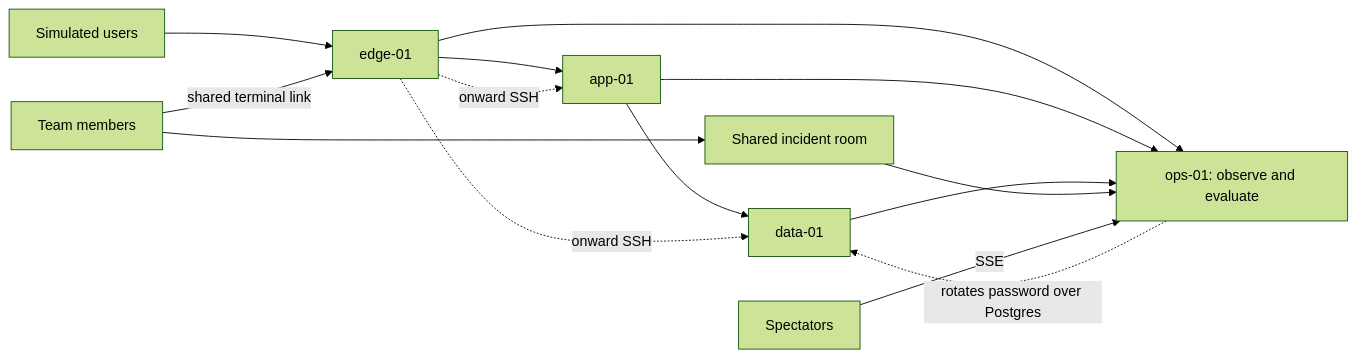
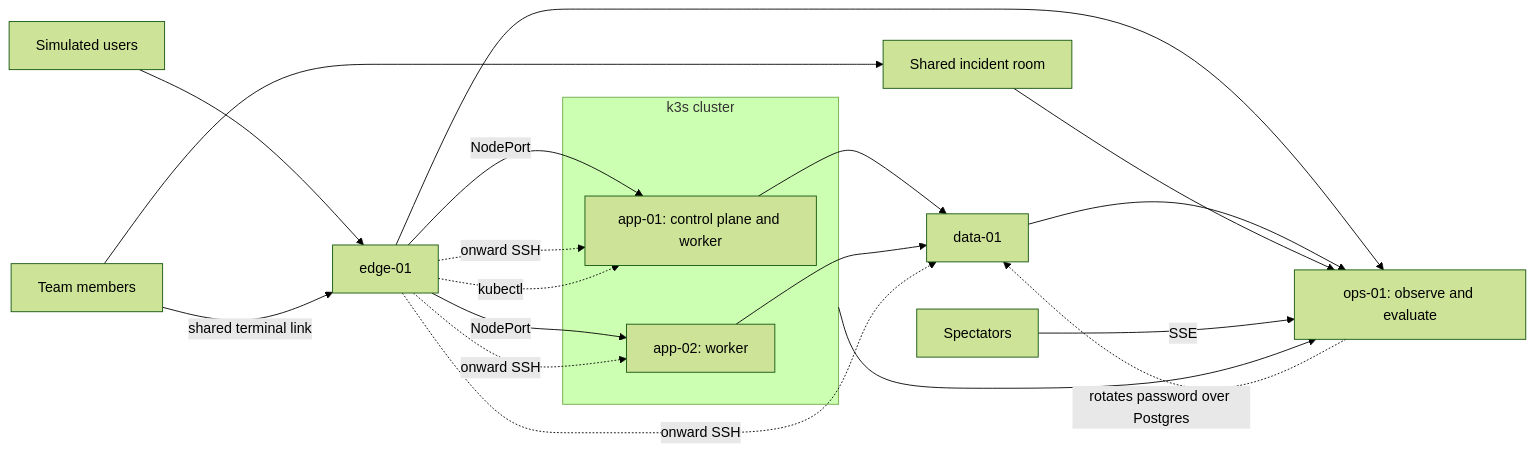
Before and after one commit to lpmi-13/plan-docs: the diagram in BREAK_TEAM_PLAN.md, drawn with Mermaid (forest theme). The commit also changed other lines of this file, not shown here.

````diff
--- a/BREAK_TEAM_PLAN.md
+++ b/BREAK_TEAM_PLAN.md
@@ -52,13 +68,18 @@
 ```mermaid
 flowchart LR
     U[Simulated users] --> E[edge-01]
-    E --> A[app-01]
-    A --> D[data-01]
-    E & A & D --> O[ops-01: observe and evaluate]
+    subgraph K[k3s cluster]
+        A[app-01: control plane and worker]
+        B[app-02: worker]
+    end
+    E -->|NodePort| A & B
+    A & B --> D[data-01]
+    E & K & D --> O[ops-01: observe and evaluate]
     P[Team members] --> R[Shared incident room]
     R --> O
     P -->|shared terminal link| E
-    E -. onward SSH .-> A & D
+    E -. onward SSH .-> A & B & D
+    E -. kubectl .-> A
     S[Spectators] -->|SSE| O
     O -. rotates password over Postgres .-> D
 ```
````
